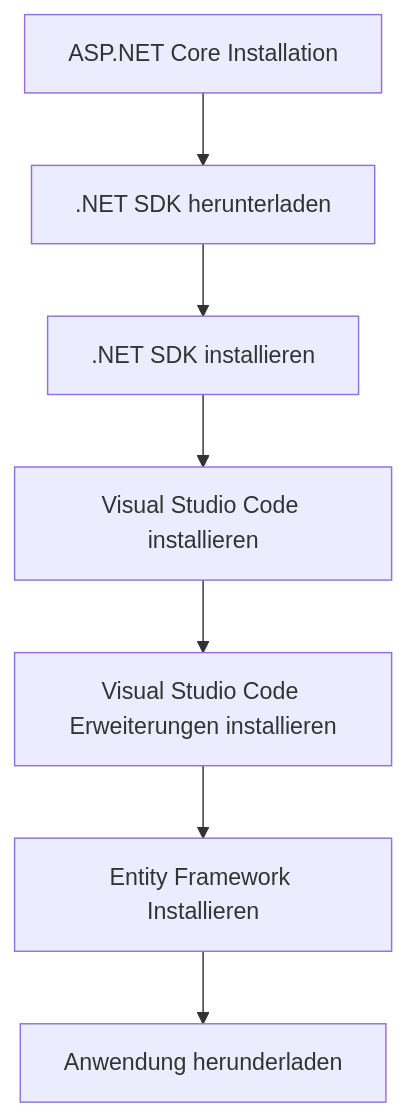
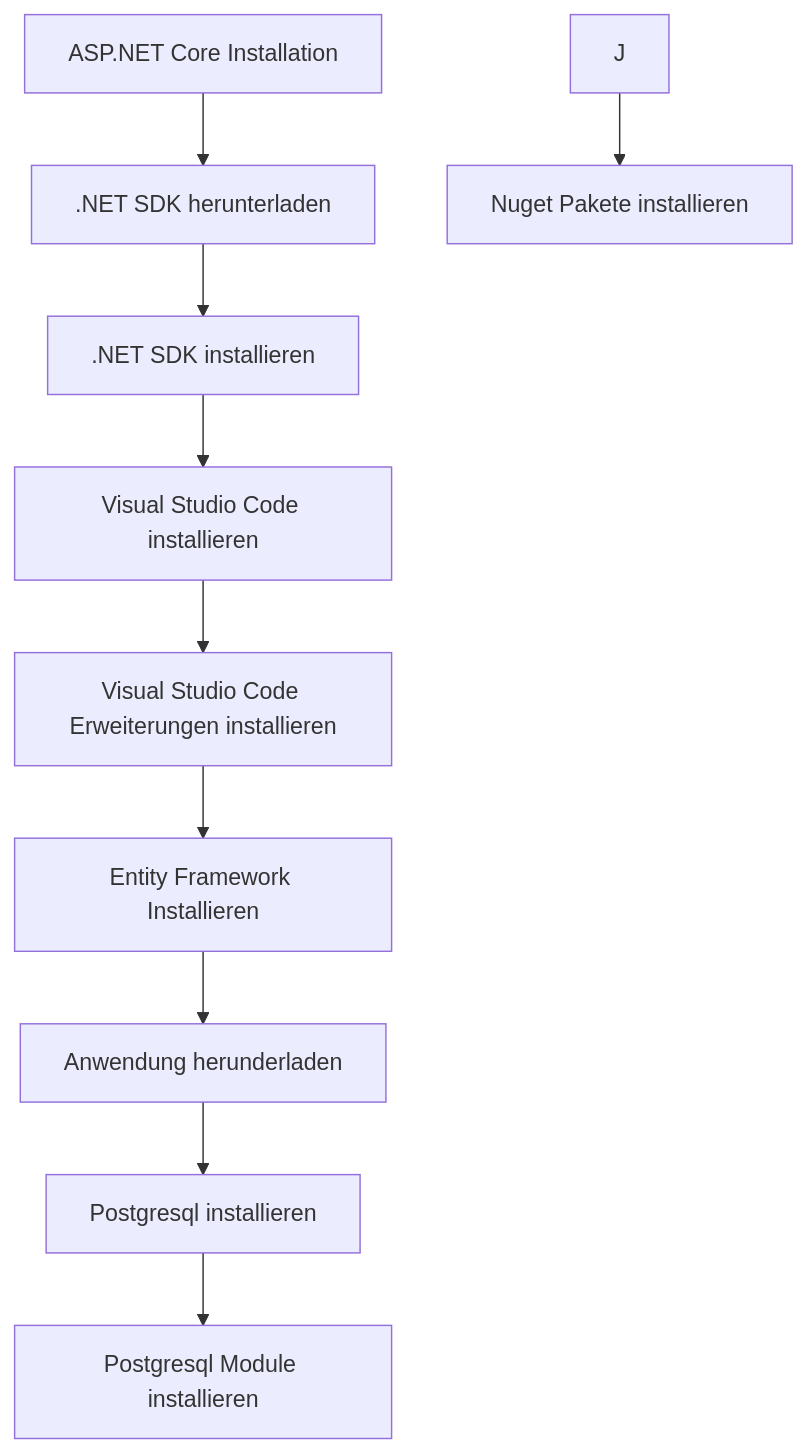
One commit to thorstenkloehn/aspnetcoremvc changed the diagram in docs/docs/Installieren/Aspnetcore.md. Above: the diagram before and after it, drawn with Mermaid. The commit also changed other lines of this file and 3 other files, not shown here.

````diff
--- a/docs/docs/Installieren/Aspnetcore.md
+++ b/docs/docs/Installieren/Aspnetcore.md
@@ -4,10 +4,13 @@
 ```mermaid
 graph TD
     A[ASP.NET Core Installation] --> B[.NET SDK herunterladen]
     B --> C[.NET SDK installieren]
     C --> D[Visual Studio Code installieren]
     D --> E[Visual Studio Code Erweiterungen installieren]
     E --> F[Entity Framework Installieren]
     F --> G[Anwendung herunderladen]
+    G --> H[Postgresql installieren]
+    H --> I[Postgresql Module installieren]
+    J --> K[Nuget Pakete installieren]
 
 ```
````
